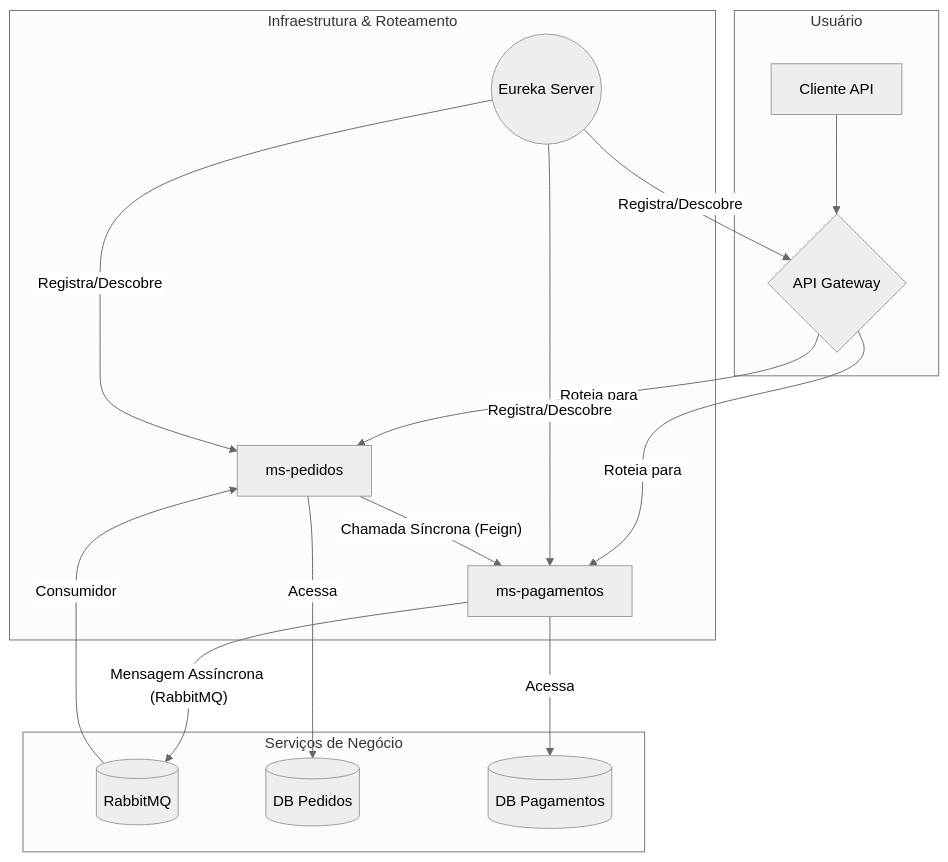
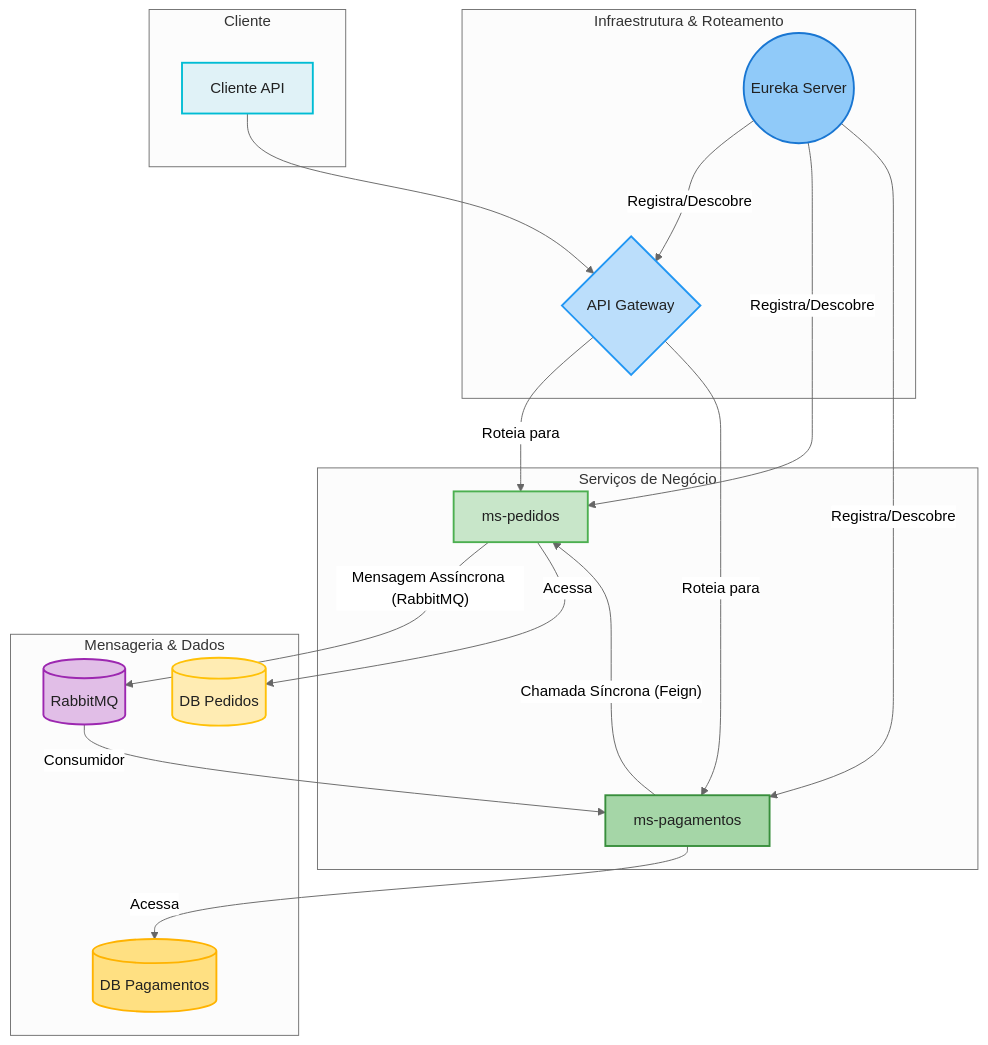
Before and after one commit to nivaldo-silva/sistema-delivery: the diagram in README.md, drawn with Mermaid (neutral theme). The commit also changed 2 other files, not shown here.

Commit message:
docs: Atualiza documentação e remove init.sql
Este commit finaliza as atualizações na documentação e ajusta os arquivos de configuração do ambiente.

- **Documentação:**
  - Atualiza o `README.md` com um diagrama de arquitetura mais organizado e colorido.

- **Ambiente de Desenvolvimento:**
  - Remove o arquivo `init.sql`, que não é mais necessário.
  - Atualiza o `docker-compose.yml` para remover a referência ao `init.sql`.

````diff
--- a/README.md
+++ b/README.md
@@ -22,22 +22,43 @@
 ```mermaid
 graph TD
-    subgraph Usuário
-        A[Cliente API] --> B{API Gateway};
+    subgraph Cliente
+        A[Cliente API]
+        style A fill:#e0f2f7,stroke:#00bcd4,stroke-width:2px,color:#212121
     end
 
-    subgraph "Infraestrutura & Roteamento"
-        B -- Roteia para --> C[ms-pedidos];
-        B -- Roteia para --> D[ms-pagamentos];
-        E((Eureka Server)) -- Registra/Descobre --> B;
-        E -- Registra/Descobre --> C;
-        E -- Registra/Descobre --> D;
+    subgraph Infraestrutura & Roteamento
+        B{API Gateway}
+        style B fill:#bbdefb,stroke:#2196f3,stroke-width:2px,color:#212121
+        E((Eureka Server))
+        style E fill:#90caf9,stroke:#1976d2,stroke-width:2px,color:#212121
     end
 
-    subgraph "Serviços de Negócio"
-        C -- Chamada Síncrona (Feign) --> D;
-        D -- Mensagem Assíncrona (RabbitMQ) --> F[(RabbitMQ)];
-        F -- Consumidor --> C;
-        C -- Acessa --> G[(DB Pedidos)];
-        D -- Acessa --> H[(DB Pagamentos)];
+    subgraph Serviços de Negócio
+        C[ms-pedidos]
+        style C fill:#c8e6c9,stroke:#4caf50,stroke-width:2px,color:#212121
+        D[ms-pagamentos]
+        style D fill:#a5d6a7,stroke:#388e3c,stroke-width:2px,color:#212121
     end
+
+    subgraph Mensageria & Dados
+        F[(RabbitMQ)]
+        style F fill:#e1bee7,stroke:#9c27b0,stroke-width:2px,color:#212121
+        G[(DB Pedidos)]
+        style G fill:#ffecb3,stroke:#ffc107,stroke-width:2px,color:#212121
+        H[(DB Pagamentos)]
+        style H fill:#ffe082,stroke:#ffb300,stroke-width:2px,color:#212121
+    end
+
+    A --> B;
+    B -- Roteia para --> C;
+    B -- Roteia para --> D;
+    E -- Registra/Descobre --> B;
+    E -- Registra/Descobre --> C;
+    E -- Registra/Descobre --> D;
+
+    D -- Chamada Síncrona (Feign) --> C;
+    C -- Mensagem Assíncrona (RabbitMQ) --> F;
+    F -- Consumidor --> D;
+    C -- Acessa --> G;
+    D -- Acessa --> H;
 ```
````
